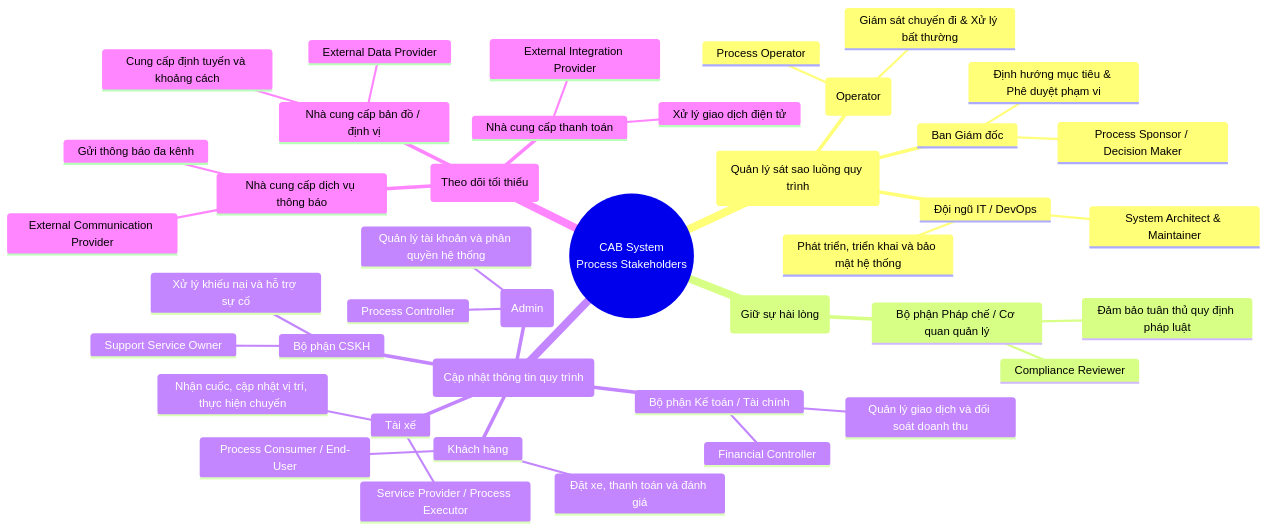
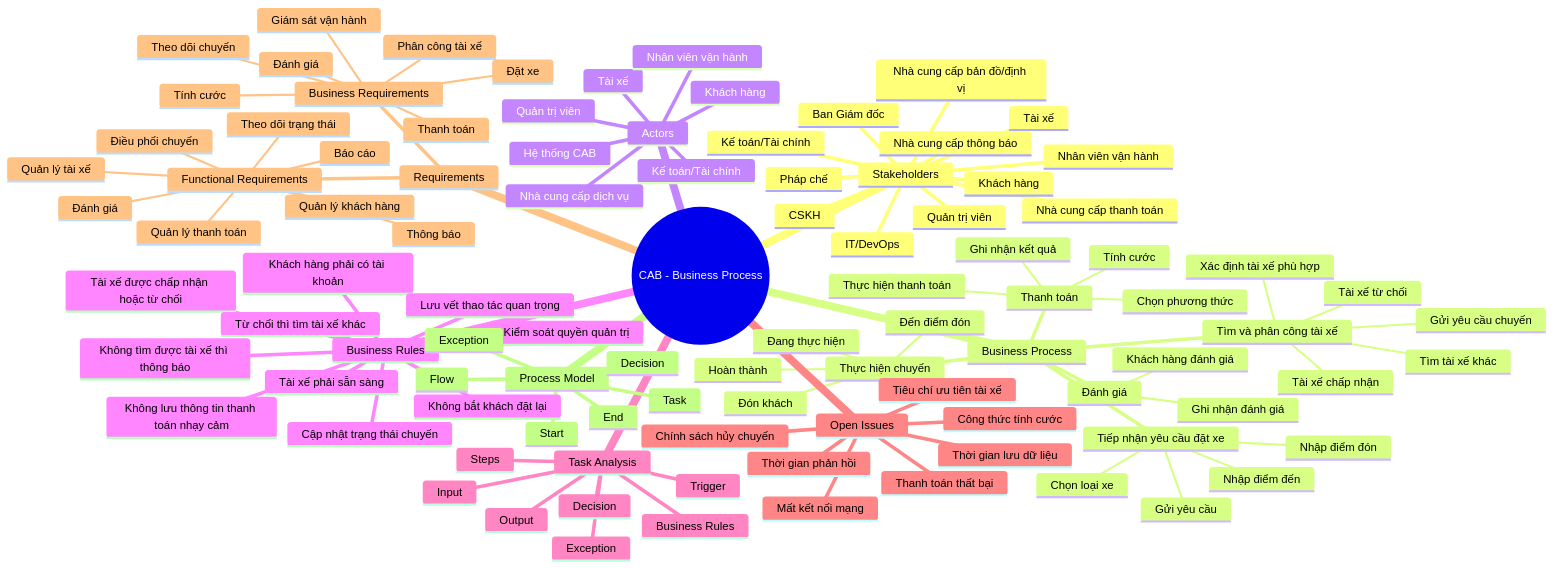
The second of 2 diagrams in README.md (npmaitrinh09-wq/23651511_NguyenPhamMaiTrinh_cabsystem), drawn with Mermaid before and after one commit. The commit also changed other lines of this file, not shown here.

````diff
--- a/README.md
+++ b/README.md
@@ -61,44 +64,109 @@
 ```mermaid
 mindmap
-  root((CAB System<br/>Process Stakeholders))
-    Quyền lực cao & Quan tâm cao<br/>(Quản lý sát sao luồng quy trình)
+  root((CAB - Business Process))
+    Stakeholders
       Ban Giám đốc
-        Process Sponsor / Decision Maker
-        Định hướng mục tiêu & Phê duyệt phạm vi
-      Đội ngũ IT / DevOps
-        System Architect & Maintainer
-        Phát triển, triển khai và bảo mật hệ thống
-      Nhân viên vận hành (Operator)
-        Process Operator
-        Giám sát chuyến đi & Xử lý bất thường
-    Quyền lực cao & Quan tâm thấp<br/>(Giữ sự hài lòng)
-      Bộ phận Pháp chế / Cơ quan quản lý
-        Compliance Reviewer
-        Đảm bảo tuân thủ quy định pháp luật
-    Quyền lực thấp & Quan tâm cao<br/>(Cập nhật thông tin quy trình)
       Khách hàng
-        Process Consumer / End-User
-        Đặt xe, thanh toán và đánh giá
       Tài xế
-        Service Provider / Process Executor
-        Nhận cuốc, cập nhật vị trí, thực hiện chuyến
-      Quản trị viên (Admin)
-        Process Controller
-        Quản lý tài khoản và phân quyền hệ thống
-      Bộ phận Kế toán / Tài chính
-        Financial Controller
-        Quản lý giao dịch và đối soát doanh thu
-      Bộ phận CSKH
-        Support Service Owner
-        Xử lý khiếu nại và hỗ trợ sự cố
-    Quyền lực thấp & Quan tâm thấp<br/>(Theo dõi tối thiểu)
+      Nhân viên vận hành
+      Quản trị viên
+      Kế toán/Tài chính
+      CSKH
+      IT/DevOps
+      Pháp chế
       Nhà cung cấp thanh toán
-        External Integration Provider
-        Xử lý giao dịch điện tử
-      Nhà cung cấp bản đồ / định vị
-        External Data Provider
-        Cung cấp định tuyến và khoảng cách
-      Nhà cung cấp dịch vụ thông báo
-        External Communication Provider
-        Gửi thông báo đa kênh
+      Nhà cung cấp bản đồ/định vị
+      Nhà cung cấp thông báo
+
+    Business Process
+      Tiếp nhận yêu cầu đặt xe
+        Nhập điểm đón
+        Nhập điểm đến
+        Chọn loại xe
+        Gửi yêu cầu
+      Tìm và phân công tài xế
+        Xác định tài xế phù hợp
+        Gửi yêu cầu chuyến
+        Tài xế chấp nhận
+        Tài xế từ chối
+        Tìm tài xế khác
+      Thực hiện chuyến
+        Đến điểm đón
+        Đón khách
+        Đang thực hiện
+        Hoàn thành
+      Thanh toán
+        Tính cước
+        Chọn phương thức
+        Thực hiện thanh toán
+        Ghi nhận kết quả
+      Đánh giá
+        Khách hàng đánh giá
+        Ghi nhận đánh giá
+
+    Actors
+      Khách hàng
+      Tài xế
+      Hệ thống CAB
+      Nhân viên vận hành
+      Kế toán/Tài chính
+      Quản trị viên
+      Nhà cung cấp dịch vụ
+
+    Business Rules
+      Khách hàng phải có tài khoản
+      Tài xế phải sẵn sàng
+      Tài xế được chấp nhận hoặc từ chối
+      Từ chối thì tìm tài xế khác
+      Không bắt khách đặt lại
+      Không tìm được tài xế thì thông báo
+      Cập nhật trạng thái chuyến
+      Không lưu thông tin thanh toán nhạy cảm
+      Kiểm soát quyền quản trị
+      Lưu vết thao tác quan trọng
+
+    Task Analysis
+      Trigger
+      Input
+      Steps
+      Decision
+      Output
+      Business Rules
+      Exception
+
+    Open Issues
+      Công thức tính cước
+      Tiêu chí ưu tiên tài xế
+      Thời gian phản hồi
+      Chính sách hủy chuyến
+      Mất kết nối mạng
+      Thời gian lưu dữ liệu
+      Thanh toán thất bại
+
+    Requirements
+      Business Requirements
+        Đặt xe
+        Phân công tài xế
+        Theo dõi chuyến
+        Tính cước
+        Thanh toán
+        Đánh giá
+        Giám sát vận hành
+      Functional Requirements
+        Quản lý khách hàng
+        Quản lý tài xế
+        Điều phối chuyến
+        Theo dõi trạng thái
+        Quản lý thanh toán
+        Thông báo
+        Đánh giá
+        Báo cáo
+
+    Process Model
+      Start
+      Task
+      Decision
+      Flow
+      Exception
+      End
 ```
````
